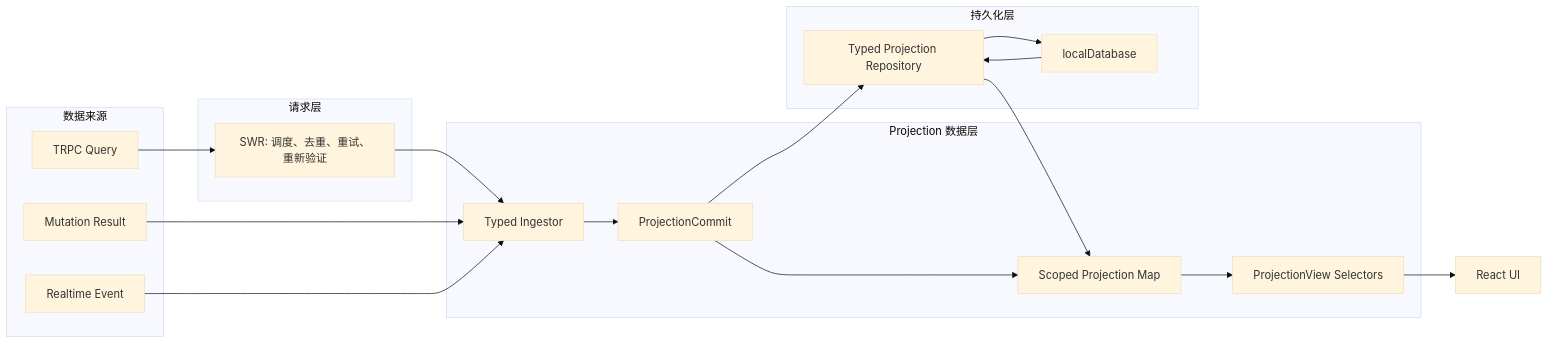
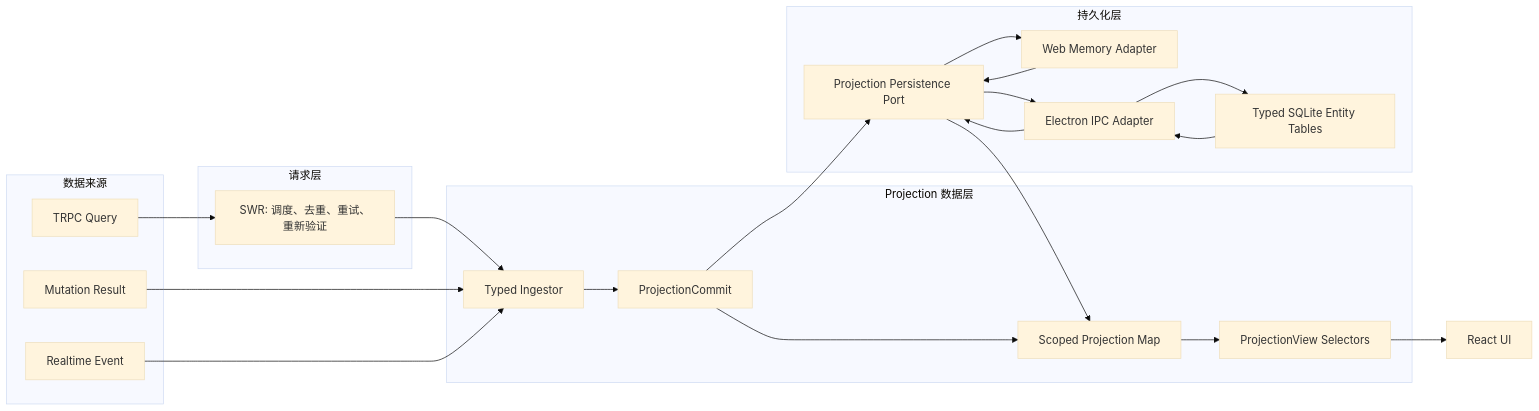
One commit to lobehub/lobehub changed the first of 5 diagrams in docs/development/state-management/projection-store.zh-CN.md. Above: the diagram before and after it, drawn with Mermaid (base theme). The commit also changed other lines of this file and 50 other files, not shown here.

First line of the commit message:
✨ feat(projection): add projection cache IPC and persistence adapters

````diff
--- a/docs/development/state-management/projection-store.zh-CN.md
+++ b/docs/development/state-management/projection-store.zh-CN.md
@@ -64,39 +64,45 @@
 ```mermaid
 flowchart LR
   subgraph Sources["数据来源"]
     Query["TRPC Query"]
     Mutation["Mutation Result"]
     Realtime["Realtime Event"]
   end
 
   subgraph Request["请求层"]
     SWR["SWR: 调度、去重、重试、重新验证"]
   end
 
   subgraph Domain["Projection 数据层"]
     Ingestor["Typed Ingestor"]
     Commit["ProjectionCommit"]
     Graph["Scoped Projection Map"]
     View["ProjectionView Selectors"]
   end
 
   subgraph Persistence["持久化层"]
-    Repository["Typed Projection Repository"]
-    LocalDB["localDatabase"]
+    Repository["Projection Persistence Port"]
+    Web["Web Memory Adapter"]
+    Desktop["Electron IPC Adapter"]
+    SQLite["Typed SQLite Entity Tables"]
   end
 
   UI["React UI"]
 
   Query --> SWR
   SWR --> Ingestor
   Mutation --> Ingestor
   Realtime --> Ingestor
   Ingestor --> Commit
   Commit --> Graph
   Commit --> Repository
-  Repository --> LocalDB
-  LocalDB --> Repository
+  Repository --> Web
+  Repository --> Desktop
+  Desktop --> SQLite
+  Web --> Repository
+  SQLite --> Desktop
+  Desktop --> Repository
   Repository --> Graph
   Graph --> View
   View --> UI
 ```
````
